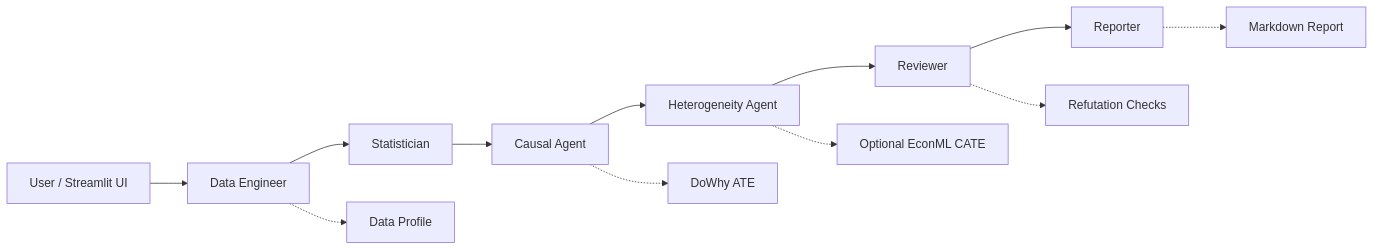
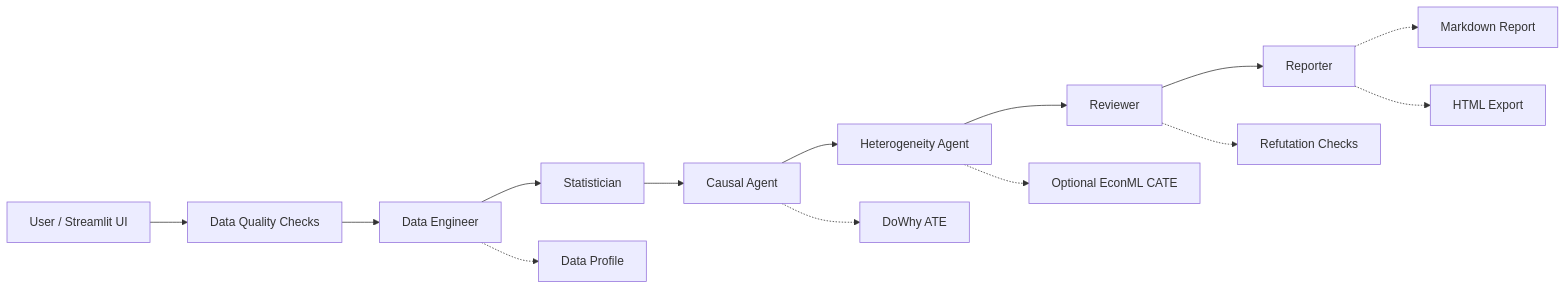
The diagram in README.md (Roboute-ex/multi-agent-causal-analytics), drawn with Mermaid before and after one commit. The commit also changed other lines of this file and 10 other files, not shown here.

Commit message:
feat: add data quality checks and visual summaries

````diff
--- a/README.md
+++ b/README.md
@@ -48,15 +49,17 @@
 ```mermaid
 flowchart LR
-    User["User / Streamlit UI"] --> Data["Data Engineer"]
+    User["User / Streamlit UI"] --> Quality["Data Quality Checks"]
+    Quality --> Data["Data Engineer"]
     Data --> Stat["Statistician"]
     Stat --> Causal["Causal Agent"]
     Causal --> Hetero["Heterogeneity Agent"]
     Hetero --> Review["Reviewer"]
     Review --> Report["Reporter"]
 
     Data -.-> Profile["Data Profile"]
     Causal -.-> ATE["DoWhy ATE"]
     Hetero -.-> CATE["Optional EconML CATE"]
     Review -.-> Refute["Refutation Checks"]
     Report -.-> Markdown["Markdown Report"]
+    Report -.-> HTML["HTML Export"]
 ```
````
